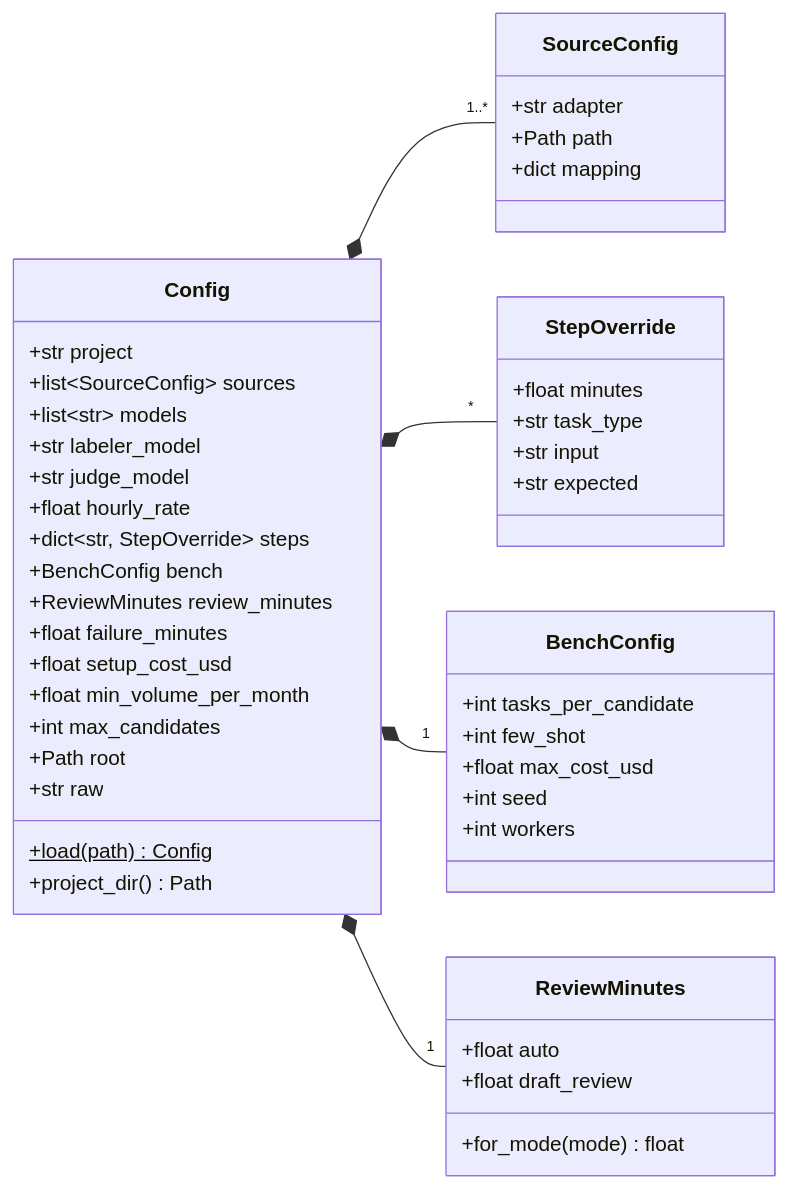
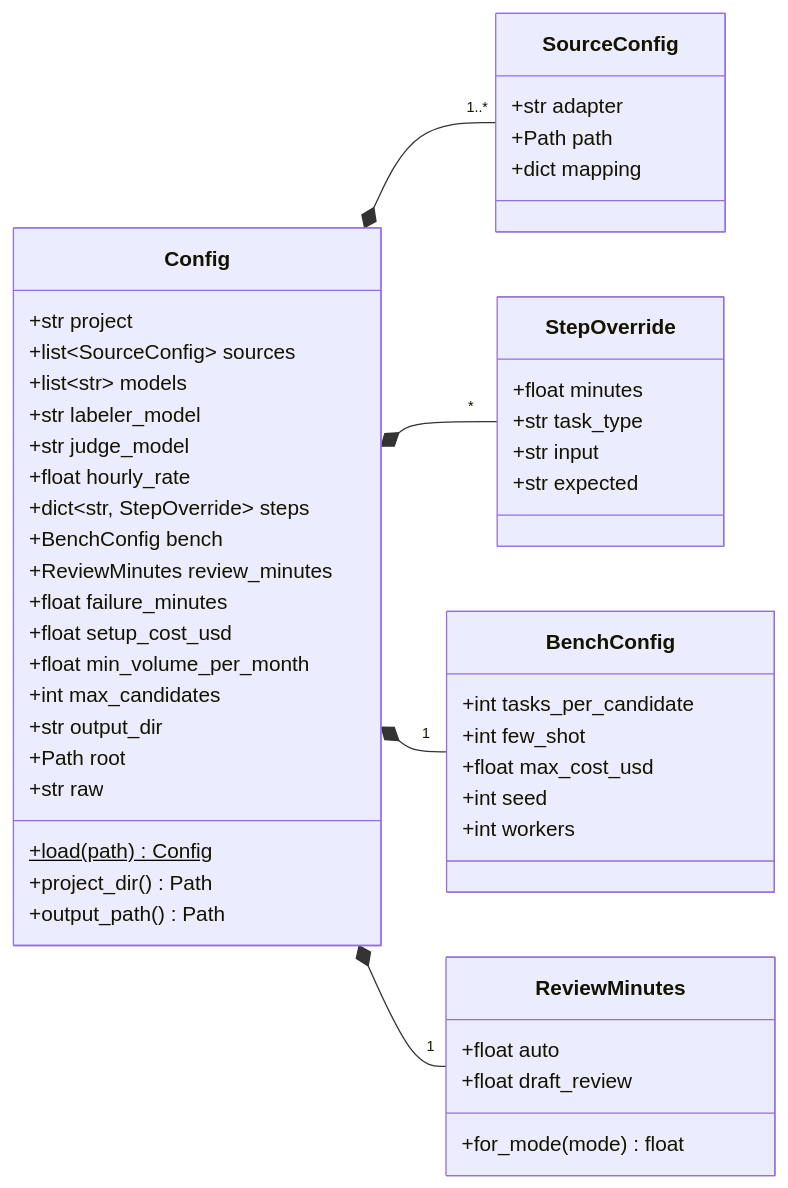
Before and after one commit to PrashnaLabs/evenpoint: the second of 3 diagrams in docs/class-diagram.md, drawn with Mermaid. The commit also changed 9 other files, not shown here.

````diff
--- a/docs/class-diagram.md
+++ b/docs/class-diagram.md
@@ -199,56 +199,58 @@
 ```mermaid
 classDiagram
   direction LR
 
   class Config {
     +str project
     +list~SourceConfig~ sources
     +list~str~ models
     +str labeler_model
     +str judge_model
     +float hourly_rate
     +dict~str, StepOverride~ steps
     +BenchConfig bench
     +ReviewMinutes review_minutes
     +float failure_minutes
     +float setup_cost_usd
     +float min_volume_per_month
     +int max_candidates
+    +str output_dir
     +Path root
     +str raw
     +load(path) Config$
     +project_dir() Path
+    +output_path() Path
   }
 
   class SourceConfig {
     +str adapter
     +Path path
     +dict mapping
   }
 
   class StepOverride {
     +float minutes
     +str task_type
     +str input
     +str expected
   }
 
   class BenchConfig {
     +int tasks_per_candidate
     +int few_shot
     +float max_cost_usd
     +int seed
     +int workers
   }
 
   class ReviewMinutes {
     +float auto
     +float draft_review
     +for_mode(mode) float
   }
 
   Config *-- "1..*" SourceConfig
   Config *-- "*" StepOverride
   Config *-- "1" BenchConfig
   Config *-- "1" ReviewMinutes
 ```
````
